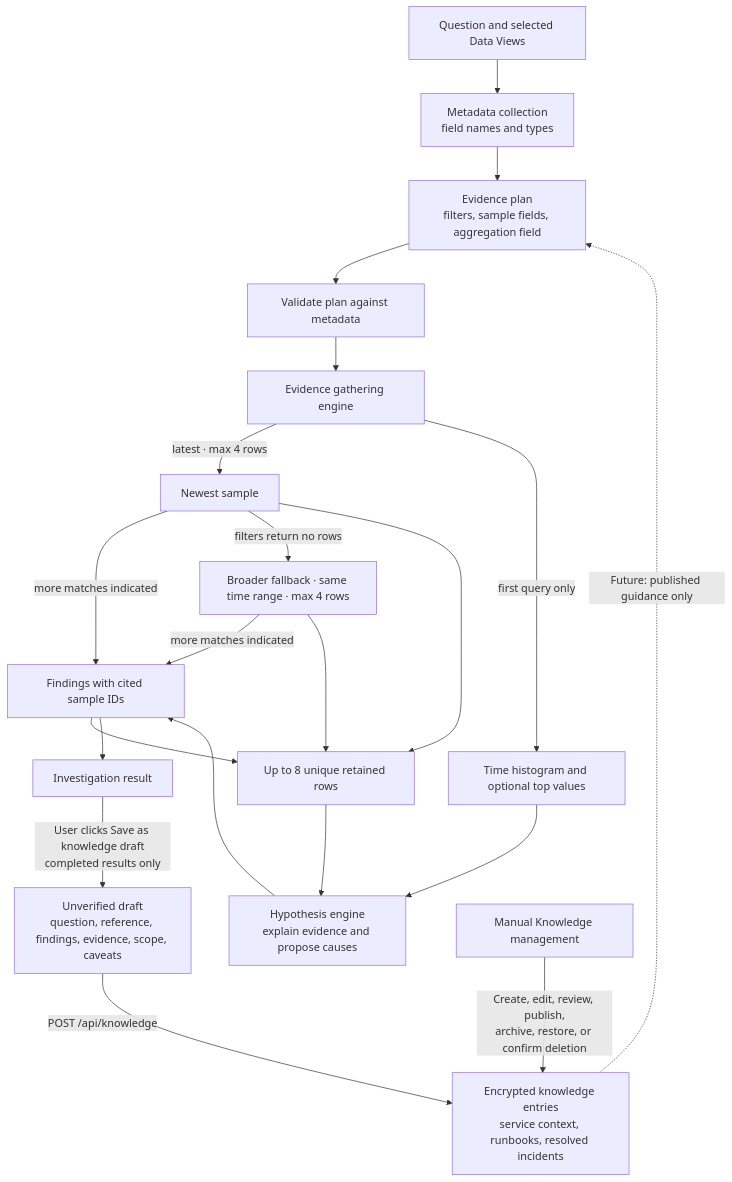
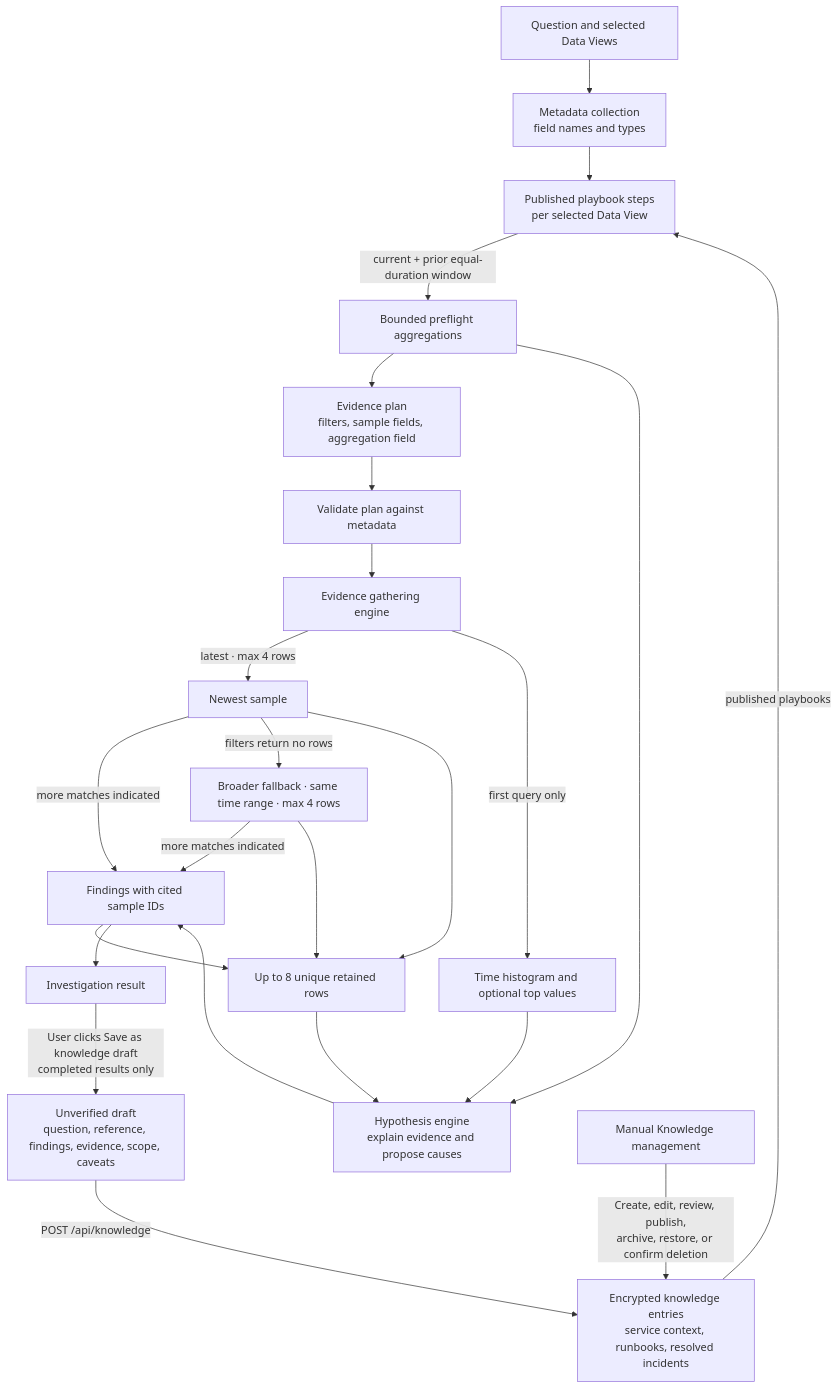
Before and after one commit to InvestiGenie/investigenie: the first of 2 diagrams in docs/investigation-pipeline.md, drawn with Mermaid. The commit also changed other lines of this file and 20 other files, not shown here.

````diff
--- a/docs/investigation-pipeline.md
+++ b/docs/investigation-pipeline.md
@@ -5,23 +5,26 @@
 ```mermaid
 flowchart TD
     Q[Question and selected Data Views] --> M[Metadata collection<br/>field names and types]
-    M --> P[Evidence plan<br/>filters, sample fields, aggregation field]
+    M --> PB[Published playbook steps<br/>per selected Data View]
+    PB -->|current + prior equal-duration window| PA[Bounded preflight aggregations]
+    PA --> P[Evidence plan<br/>filters, sample fields, aggregation field]
     P --> V[Validate plan against metadata]
     V --> E[Evidence gathering engine]
     E -->|latest · max 4 rows| L[Newest sample]
     L -->|more matches indicated| R[Earlier sample · max 4 rows]
     L -->|filters return no rows| F[Broader fallback · same time range · max 4 rows]
     F -->|more matches indicated| R
     L --> S[Up to 8 unique retained rows]
     R --> S
     F --> S
     E -->|first query only| A[Time histogram and optional top values]
     S --> H[Hypothesis engine<br/>explain evidence and propose causes]
     A --> H
+    PA --> H
     H --> R[Findings with cited sample IDs]
     R --> UI[Investigation result]
     UI -->|User clicks Save as knowledge draft<br/>completed results only| D[Unverified draft<br/>question, reference, findings, evidence, scope, caveats]
     D -->|POST /api/knowledge| K[Encrypted knowledge entries<br/>service context, runbooks, resolved incidents]
     U[Manual Knowledge management] -->|Create, edit, review, publish,<br/>archive, restore, or confirm deletion| K
-    K -. Future: published guidance only .-> P
+    K -->|published playbooks| PB
 ```
````
